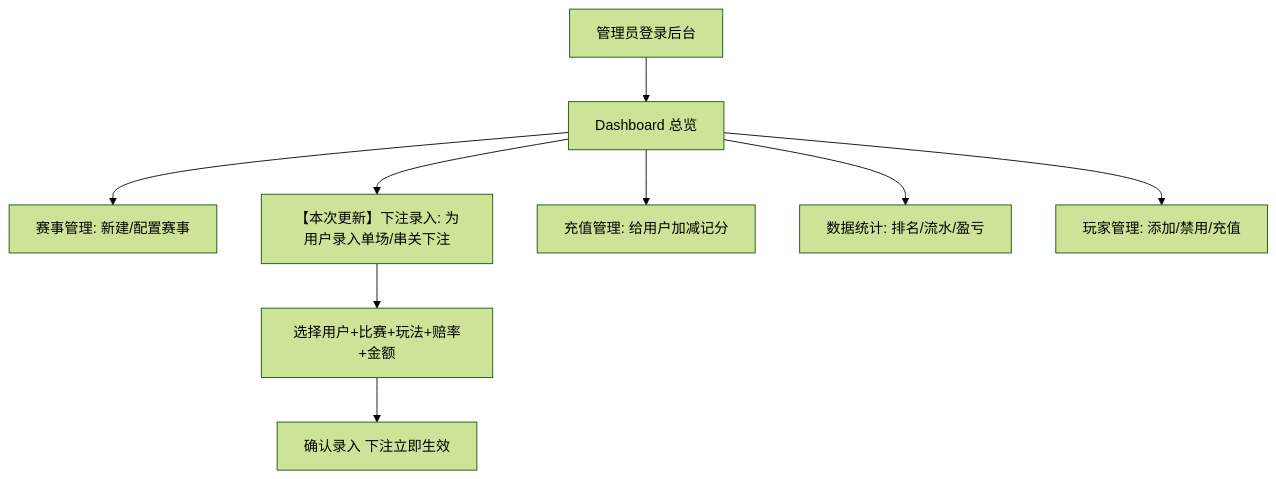
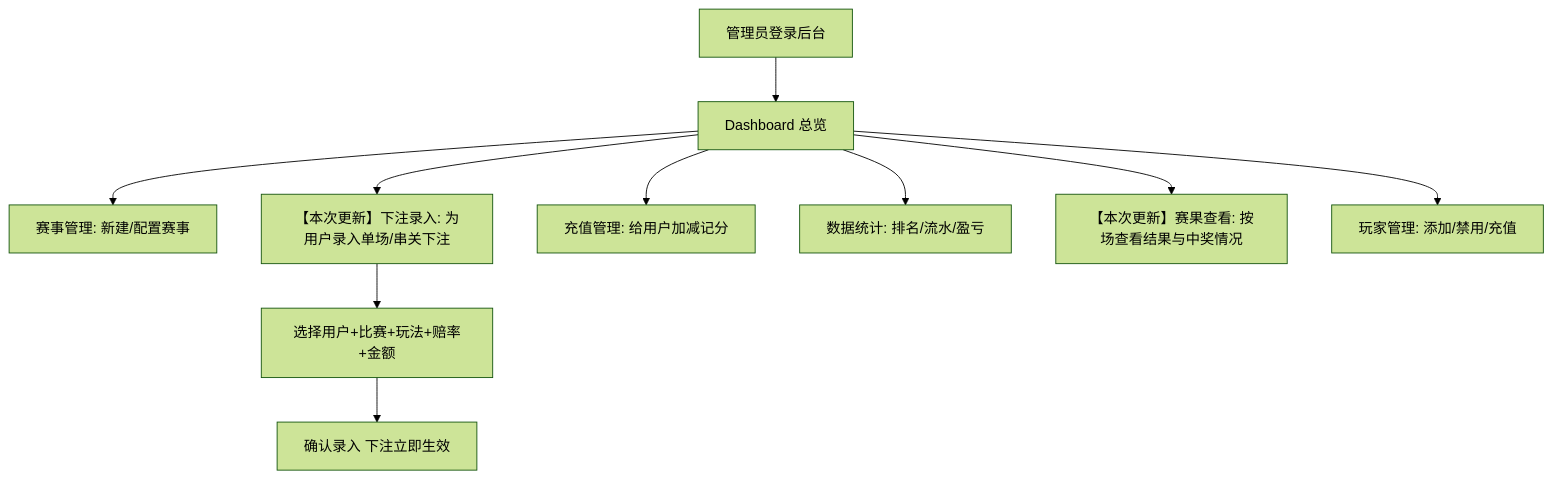
One commit to denghf/worldcupweb changed the second of 2 diagrams in PRD.md. Above: the diagram before and after it, drawn with Mermaid (forest theme). The commit also changed other lines of this file and 7 other files, not shown here.

````diff
--- a/PRD.md
+++ b/PRD.md
@@ -112,11 +112,12 @@
 ```mermaid
 flowchart TD
     A[管理员登录后台] --> B[Dashboard 总览]
     B --> C1[赛事管理: 新建/配置赛事]
     B --> C2[【本次更新】下注录入: 为用户录入单场/串关下注]
     B --> C3[充值管理: 给用户加减记分]
     B --> C4[数据统计: 排名/流水/盈亏]
+    B --> C5[【本次更新】赛果查看: 按场查看结果与中奖情况]
     C2 --> D[选择用户+比赛+玩法+赔率+金额]
     D --> E[确认录入 下注立即生效]
     B --> F[玩家管理: 添加/禁用/充值]
 ```
````
